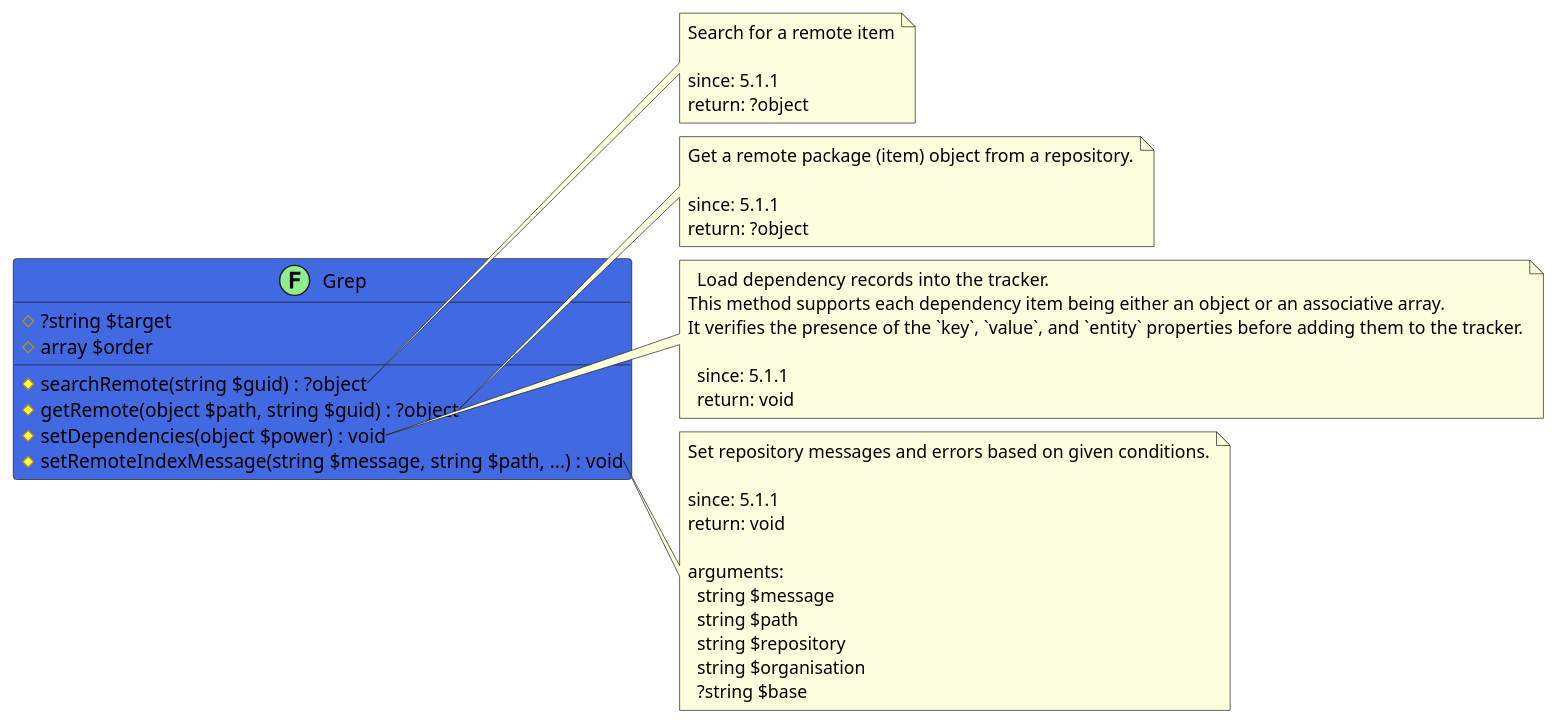
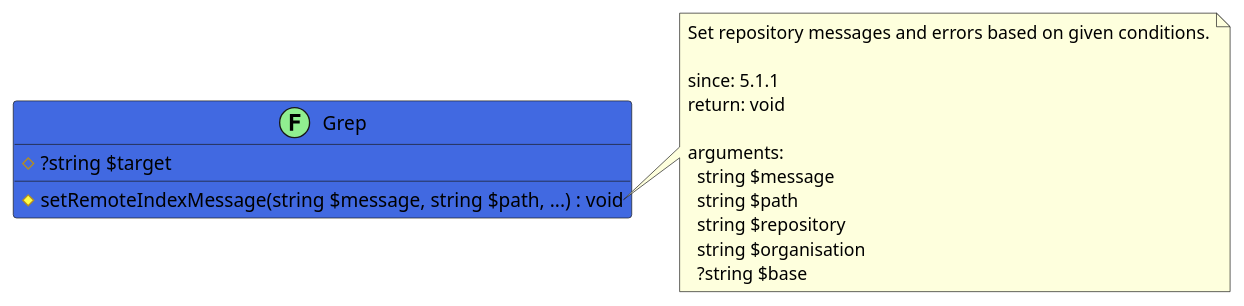
The diagram in src/4715e717-8984-4f4b-b239-753890b20668/README.md (joomengine/jcb-packager), drawn with PlantUML before and after one commit. The commit also changed 149 other files, not shown here.

````diff
--- a/src/4715e717-8984-4f4b-b239-753890b20668/README.md
+++ b/src/4715e717-8984-4f4b-b239-753890b20668/README.md
@@ -6,51 +6,24 @@
 ```uml
 @startuml
 
 class Grep << (F,LightGreen) >> #RoyalBlue {
   # ?string $target
-  # array $order
-  # searchRemote(string $guid) : ?object
-  # getRemote(object $path, string $guid) : ?object
-  # setDependencies(object $power) : void
   # setRemoteIndexMessage(string $message, string $path, ...) : void
 }
-
-note right of Grep::searchRemote
-  Search for a remote item
-
-  since: 5.1.1
-  return: ?object
-end note
-
-note right of Grep::getRemote
-  Get a remote package (item) object from a repository.
-
-  since: 5.1.1
-  return: ?object
-end note
-
-note right of Grep::setDependencies
-  Load dependency records into the tracker.
-This method supports each dependency item being either an object or an associative array.
-It verifies the presence of the `key`, `value`, and `entity` properties before adding them to the tracker.
-
-  since: 5.1.1
-  return: void
-end note
 
 note right of Grep::setRemoteIndexMessage
   Set repository messages and errors based on given conditions.
 
   since: 5.1.1
   return: void
   
   arguments:
     string $message
     string $path
     string $repository
     string $organisation
     ?string $base
 end note
 
 @enduml
 ```
````
